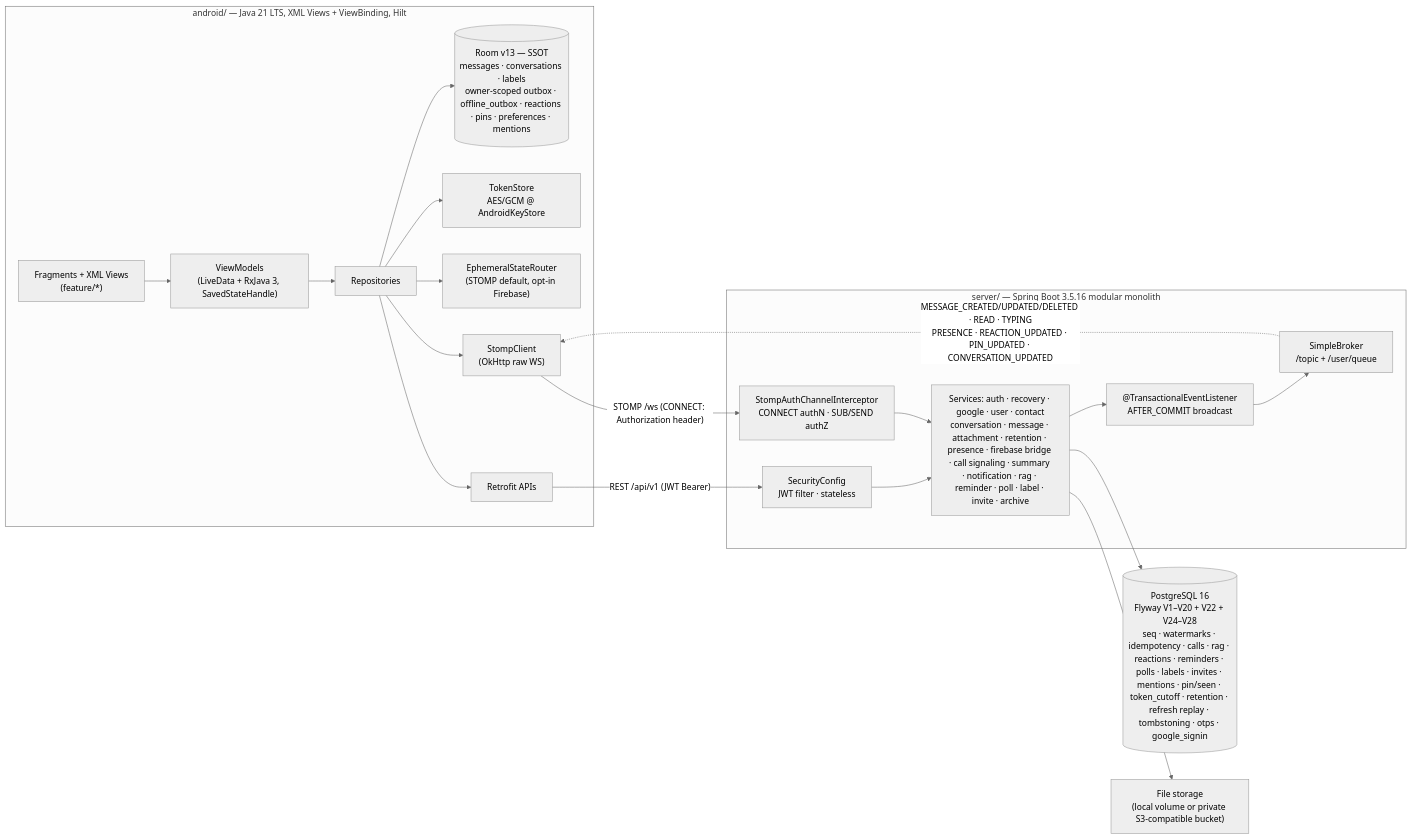
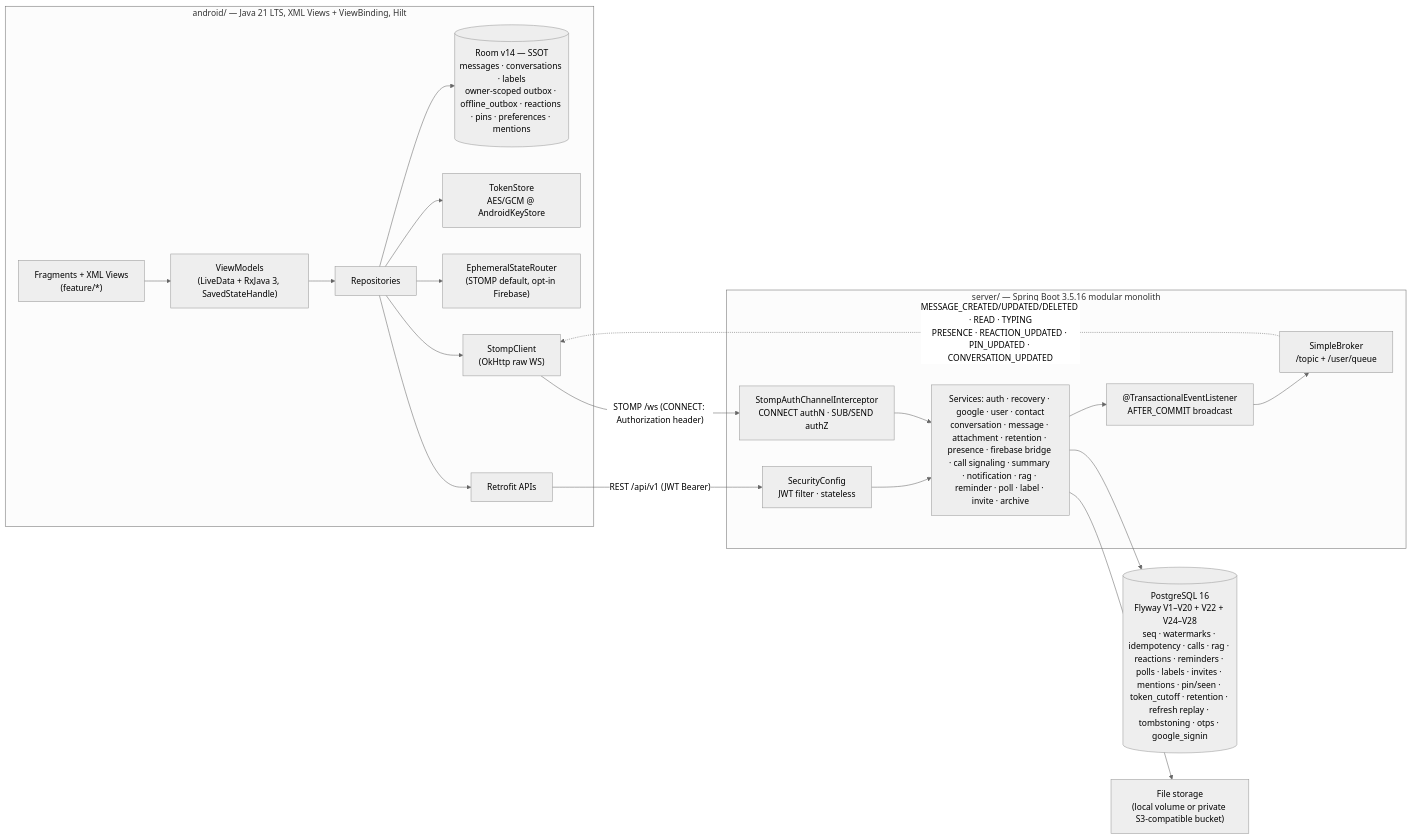
One commit to JasonTM17/Nexachat_AppJ changed the diagram in README.md. Above: the diagram before and after it, drawn with Mermaid (neutral theme). The commit also changed other lines of this file and 2 other files, not shown here.

````diff
--- a/README.md
+++ b/README.md
@@ -119,30 +123,30 @@
 ```mermaid
 flowchart LR
     subgraph Android["android/ — Java 21 LTS, XML Views + ViewBinding, Hilt"]
         UI["Fragments + XML Views<br/>(feature/*)"] --> VM["ViewModels<br/>(LiveData + RxJava 3, SavedStateHandle)"]
         VM --> REPO["Repositories"]
-        REPO --> ROOM[("Room v13 — SSOT<br/>messages · conversations · labels<br/>owner-scoped outbox · offline_outbox · reactions · pins · preferences · mentions")]
+        REPO --> ROOM[("Room v14 — SSOT<br/>messages · conversations · labels<br/>owner-scoped outbox · offline_outbox · reactions · pins · preferences · mentions")]
         REPO --> TS["TokenStore<br/>AES/GCM @ AndroidKeyStore"]
         REPO --> ROUTER["EphemeralStateRouter<br/>(STOMP default, opt-in Firebase)"]
         REPO --> ST["StompClient<br/>(OkHttp raw WS)"]
         REPO --> RT["Retrofit APIs"]
     end
 
     subgraph Server["server/ — Spring Boot 3.5.16 modular monolith"]
         SEC["SecurityConfig<br/>JWT filter · stateless"]
         INT["StompAuthChannelInterceptor<br/>CONNECT authN · SUB/SEND authZ"]
         SVC["Services: auth · recovery · google · user · contact<br/>conversation · message · attachment · retention · presence · firebase bridge · call signaling · summary · notification · rag · reminder · poll · label · invite · archive"]
         EVT["@TransactionalEventListener<br/>AFTER_COMMIT broadcast"]
         BR["SimpleBroker<br/>/topic + /user/queue"]
     end
 
     DB[("PostgreSQL 16<br/>Flyway V1–V20 + V22 + V24–V28<br/>seq · watermarks · idempotency · calls · rag · reactions · reminders · polls · labels · invites · mentions · pin/seen · token_cutoff · retention · refresh replay · tombstoning · otps · google_signin")]
     STORAGE["File storage<br/>(local volume or private S3-compatible bucket)"]
 
     RT -- "REST /api/v1 (JWT Bearer)" --> SEC --> SVC
     ST -- "STOMP /ws (CONNECT: Authorization header)" --> INT --> SVC
     SVC --> DB
     SVC --> STORAGE
     SVC --> EVT --> BR
     BR -. "MESSAGE_CREATED/UPDATED/DELETED · READ · TYPING<br/>PRESENCE · REACTION_UPDATED · PIN_UPDATED · CONVERSATION_UPDATED" .-> ST
 ```
````
